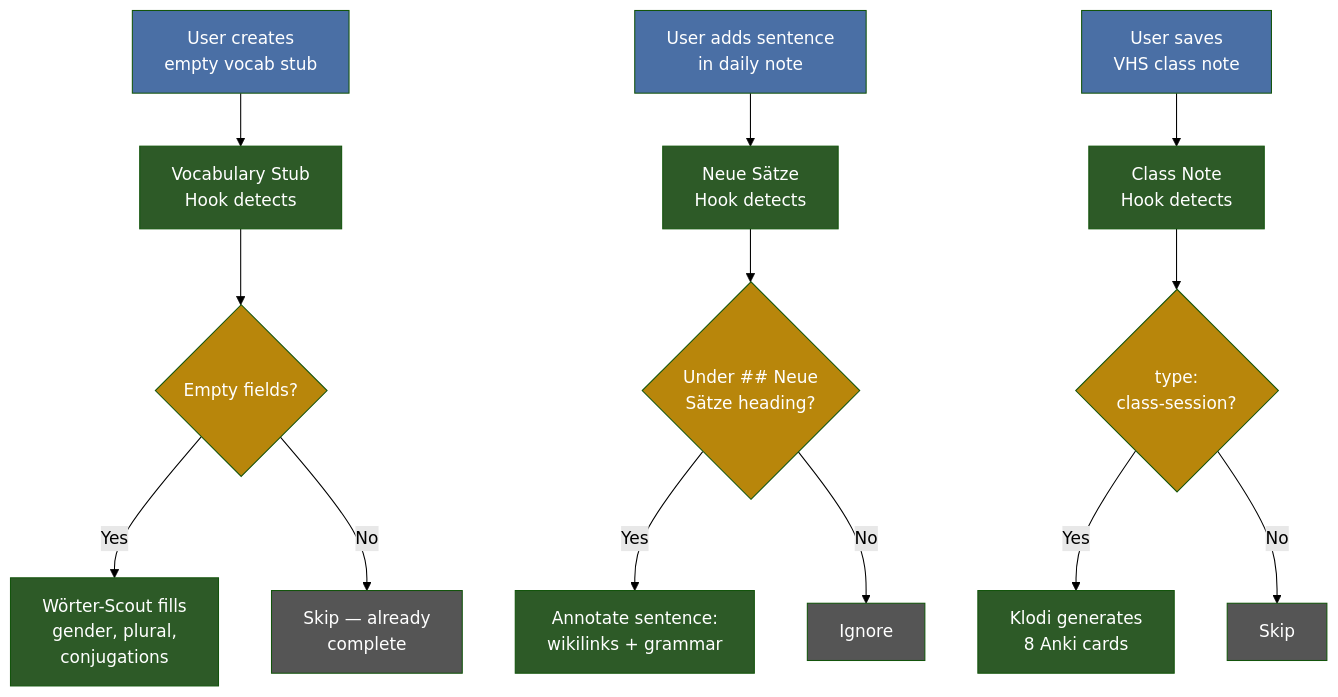
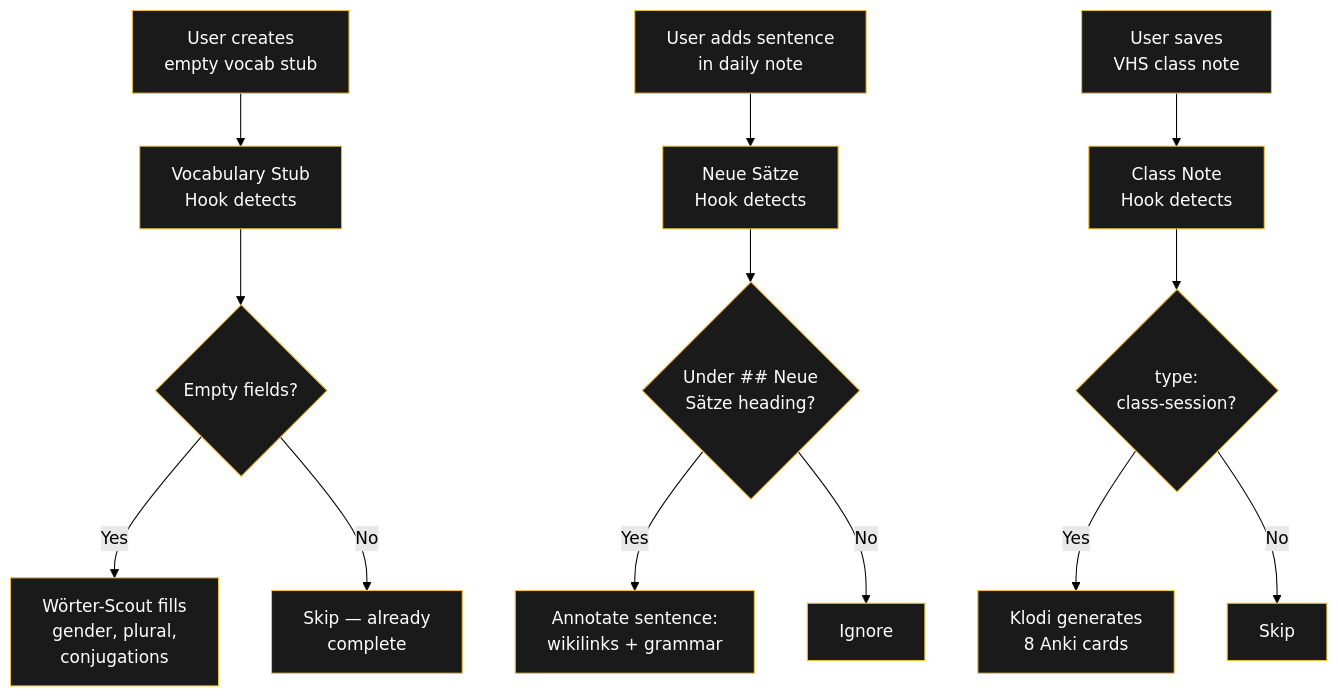
Before and after one commit to raulmina1/quartz-garden: the second of 3 diagrams in content/Projekte/Hook Shop.md, drawn with Mermaid (forest theme). The commit also changed other lines of this file and 13 other files, not shown here.

Commit message:
all 10 improvements: dark flowcharts, Plausible analytics, favicon, CNAME for domain, OG images already active

````diff
--- a/content/Projekte/Hook Shop.md
+++ b/content/Projekte/Hook Shop.md
@@ -86,33 +86,33 @@
 ```mermaid
 flowchart TD
     A[User creates<br/>empty vocab stub] --> B[Vocabulary Stub<br/>Hook detects]
     B --> C{Empty fields?}
     C -->|Yes| D[Wörter-Scout fills<br/>gender, plural,<br/>conjugations]
     C -->|No| E[Skip — already<br/>complete]
     
     F[User adds sentence<br/>in daily note] --> G[Neue Sätze<br/>Hook detects]
     G --> H{Under ## Neue<br/>Sätze heading?}
     H -->|Yes| I[Annotate sentence:<br/>wikilinks + grammar]
     H -->|No| J[Ignore]
     
     K[User saves<br/>VHS class note] --> L[Class Note<br/>Hook detects]
     L --> M{type:<br/>class-session?}
     M -->|Yes| N[Klodi generates<br/>8 Anki cards]
     M -->|No| O[Skip]
     
-    style A fill:#4a6fa5,color:#fff
-    style B fill:#2d5a27,color:#fff
-    style C fill:#b8860b,color:#fff
-    style D fill:#2d5a27,color:#fff
-    style E fill:#555,color:#fff
-    style F fill:#4a6fa5,color:#fff
-    style G fill:#2d5a27,color:#fff
-    style H fill:#b8860b,color:#fff
-    style I fill:#2d5a27,color:#fff
-    style J fill:#555,color:#fff
-    style K fill:#4a6fa5,color:#fff
-    style L fill:#2d5a27,color:#fff
-    style M fill:#b8860b,color:#fff
-    style N fill:#2d5a27,color:#fff
-    style O fill:#555,color:#fff
+    style A fill:#1a1a1a,stroke:#f0c040,color:#fff
+    style B fill:#1a1a1a,stroke:#f0c040,color:#fff
+    style C fill:#1a1a1a,stroke:#f0c040,color:#fff
+    style D fill:#1a1a1a,stroke:#f0c040,color:#fff
+    style E fill:#1a1a1a,stroke:#f0c040,color:#fff
+    style F fill:#1a1a1a,stroke:#f0c040,color:#fff
+    style G fill:#1a1a1a,stroke:#f0c040,color:#fff
+    style H fill:#1a1a1a,stroke:#f0c040,color:#fff
+    style I fill:#1a1a1a,stroke:#f0c040,color:#fff
+    style J fill:#1a1a1a,stroke:#f0c040,color:#fff
+    style K fill:#1a1a1a,stroke:#f0c040,color:#fff
+    style L fill:#1a1a1a,stroke:#f0c040,color:#fff
+    style M fill:#1a1a1a,stroke:#f0c040,color:#fff
+    style N fill:#1a1a1a,stroke:#f0c040,color:#fff
+    style O fill:#1a1a1a,stroke:#f0c040,color:#fff
 ```
````
